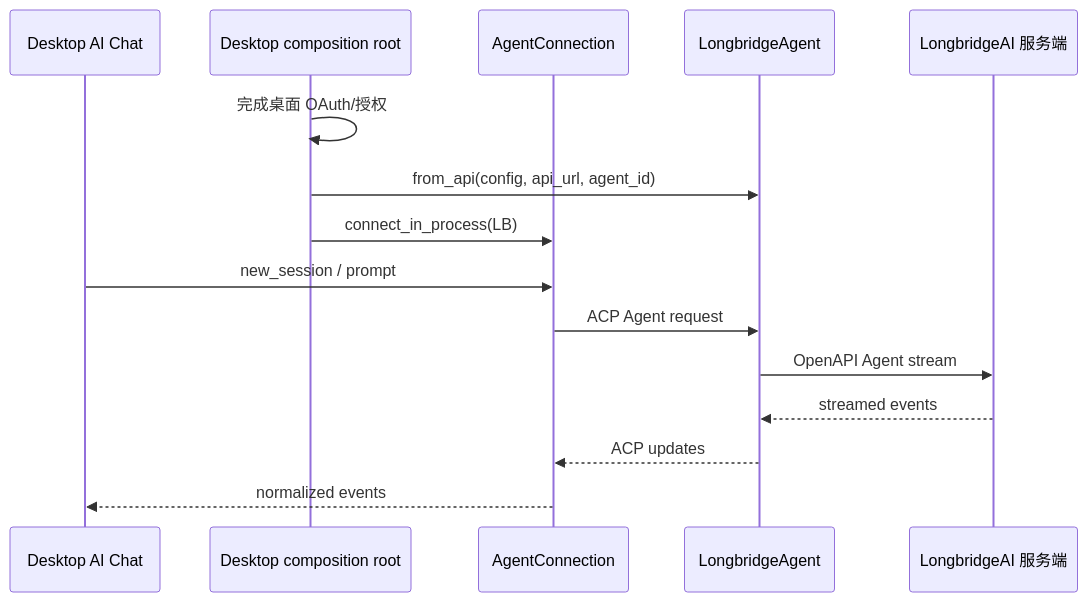
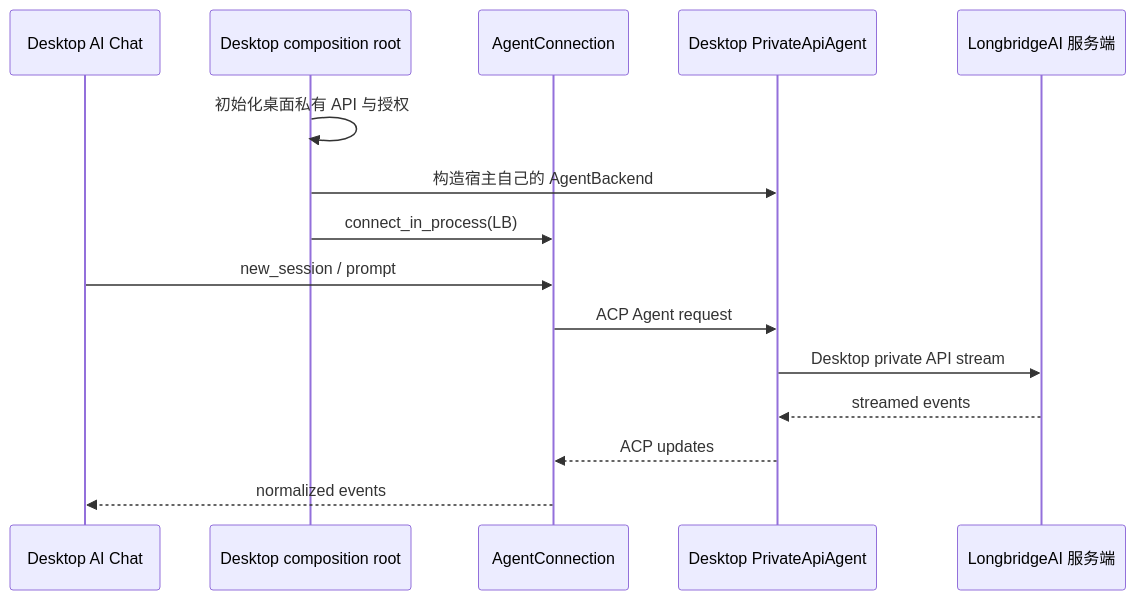
Before and after one commit to longbridge/longbridge-terminal: the third of 4 diagrams in docs/architecture/acp-integration.md, drawn with Mermaid. The commit also changed other lines of this file and 15 other files, not shown here.

````diff
--- a/docs/architecture/acp-integration.md
+++ b/docs/architecture/acp-integration.md
@@ -188,18 +192,18 @@
 ```mermaid
 sequenceDiagram
     participant UI as Desktop AI Chat
     participant H as Desktop composition root
     participant AC as AgentConnection
-    participant LB as LongbridgeAgent
+    participant LB as Desktop PrivateApiAgent
     participant S as LongbridgeAI 服务端
 
-    H->>H: 完成桌面 OAuth/授权
-    H->>LB: from_api(config, api_url, agent_id)
+    H->>H: 初始化桌面私有 API 与授权
+    H->>LB: 构造宿主自己的 AgentBackend
     H->>AC: connect_in_process(LB)
     UI->>AC: new_session / prompt
     AC->>LB: ACP Agent request
-    LB->>S: OpenAPI Agent stream
+    LB->>S: Desktop private API stream
     S-->>LB: streamed events
     LB-->>AC: ACP updates
     AC-->>UI: normalized events
 ```
````
